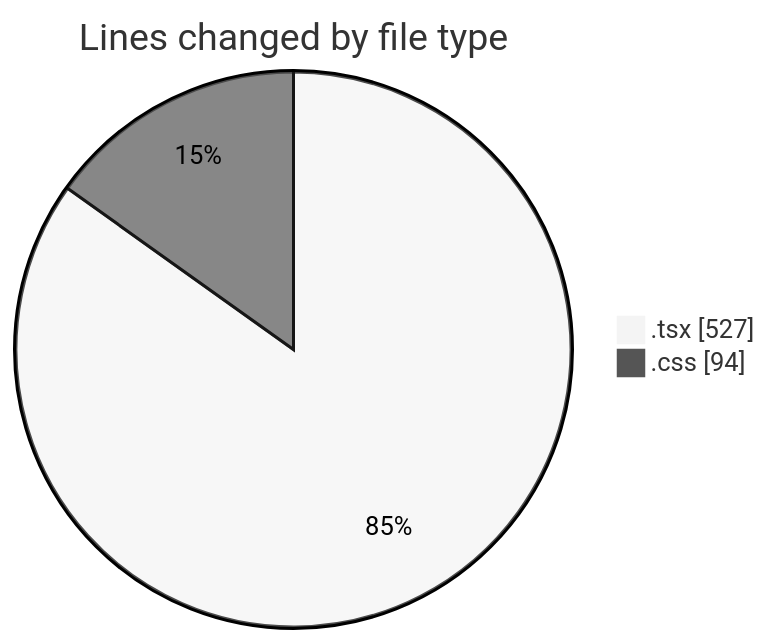
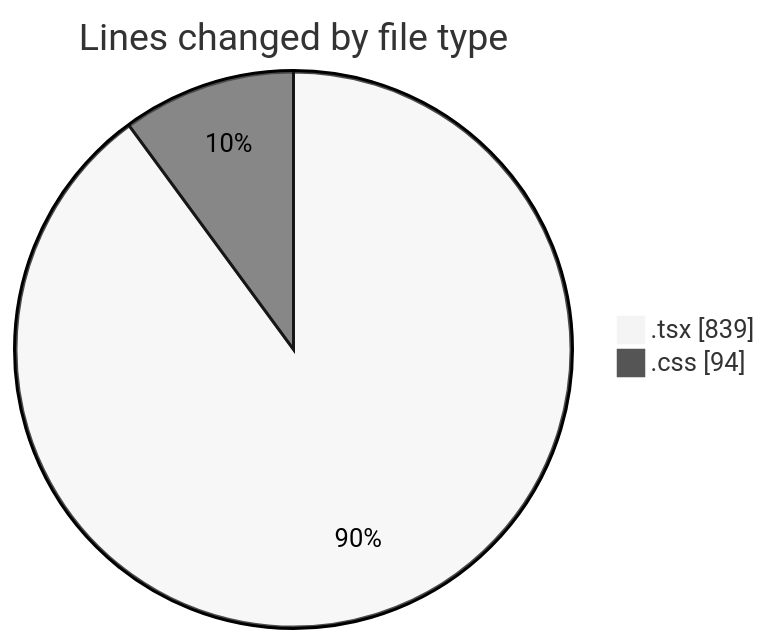
Before and after one commit to donsfak/code-tracking: the first of 2 diagrams in 2025-02-07/portofolio/README.md, drawn with Mermaid (neutral theme). The commit also changed other lines of this file and 1 other file, not shown here.

````diff
--- a/2025-02-07/portofolio/README.md
+++ b/2025-02-07/portofolio/README.md
@@ -21,6 +21,6 @@
 ```mermaid
 pie showData
 title Lines changed by file type
-".tsx" : 527
+".tsx" : 839
 ".css" : 94
 ```
````
